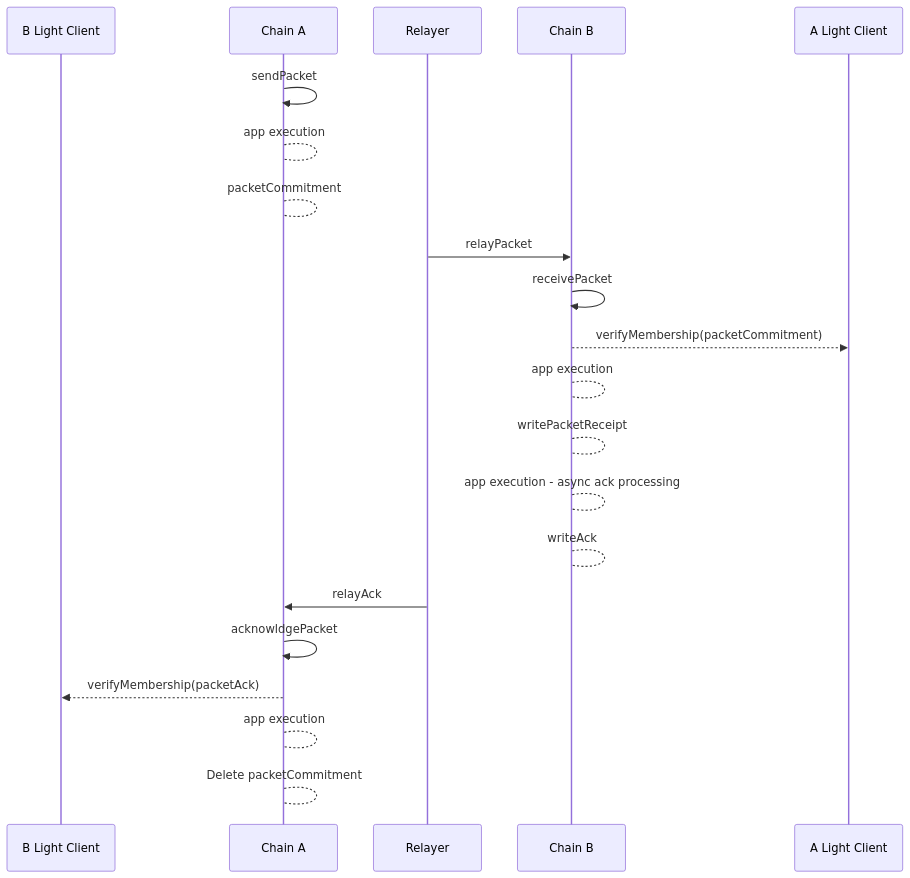
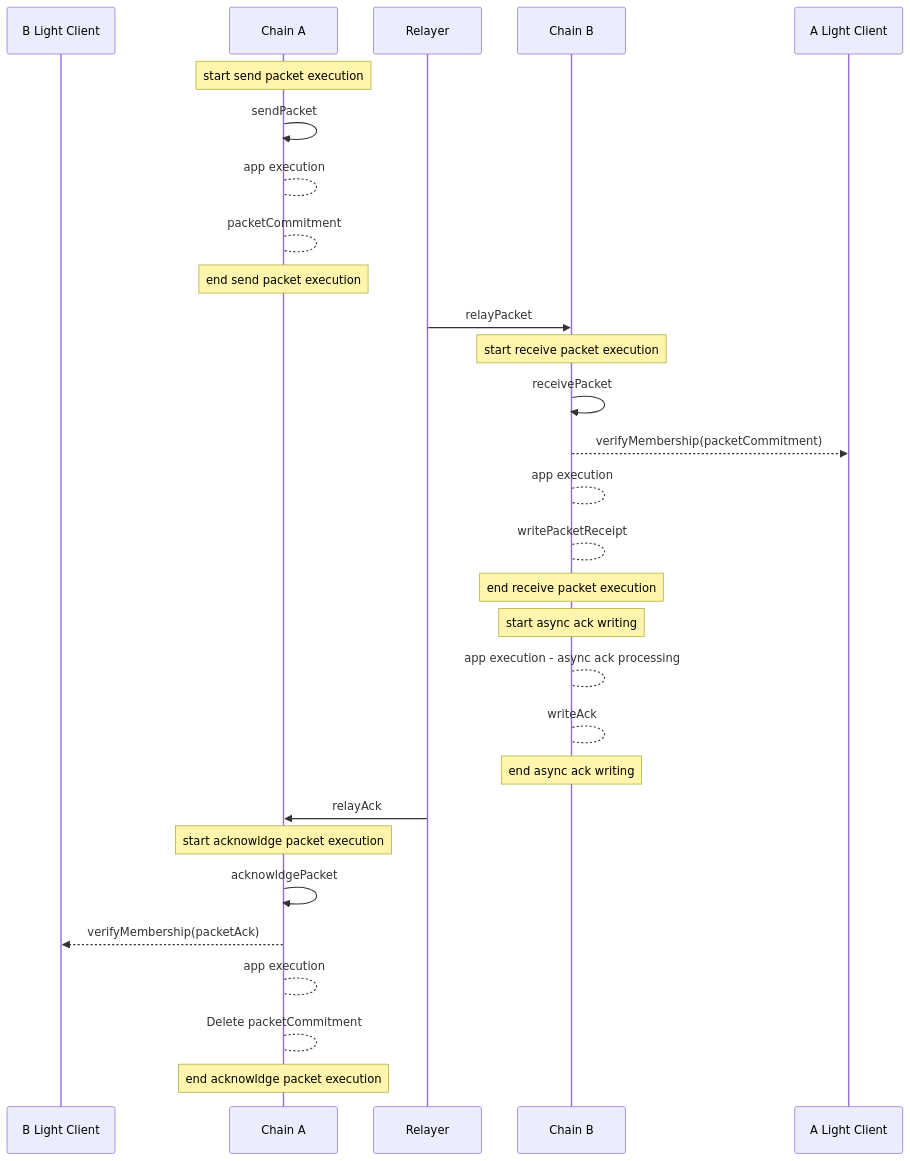
One commit to cosmos/ibc changed the fourth of 5 diagrams in spec/core/v2/ics-004-packet-semantics/README.md. Above: the diagram before and after it, drawn with Mermaid. The commit also changed other lines of this file, not shown here.

````diff
--- a/spec/core/v2/ics-004-packet-semantics/README.md
+++ b/spec/core/v2/ics-004-packet-semantics/README.md
@@ -435,23 +457,31 @@
 ```mermaid
 sequenceDiagram
     participant B Light Client 
     participant Chain A    
     participant Relayer 
     participant Chain B
     participant A Light Client
+    Note over Chain A: start send packet execution
     Chain A ->> Chain A : sendPacket
     Chain A --> Chain A : app execution
-    Chain A --> Chain A : packetCommitment 
+    Chain A --> Chain A : packetCommitment
+    Note over Chain A: end send packet execution 
     Relayer ->> Chain B: relayPacket
+    Note over Chain B: start receive packet execution
     Chain B ->> Chain B: receivePacket
     Chain B -->> A Light Client: verifyMembership(packetCommitment)
     Chain B --> Chain B : app execution
     Chain B --> Chain B: writePacketReceipt
+    Note over Chain B: end receive packet execution
+    Note over Chain B: start async ack writing
     Chain B --> Chain B : app execution - async ack processing
     Chain B --> Chain B: writeAck
+    Note over Chain B: end async ack writing
     Relayer ->> Chain A: relayAck
+    Note over Chain A: start acknowldge packet execution
     Chain A ->> Chain A : acknowldgePacket
     Chain A -->> B Light Client: verifyMembership(packetAck)
     Chain A --> Chain A : app execution
-    Chain A --> Chain A : Delete packetCommitment 
+    Chain A --> Chain A : Delete packetCommitment
+    Note over Chain A: end acknowldge packet execution 
 ```
````
